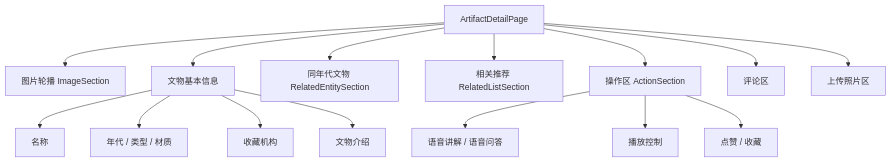
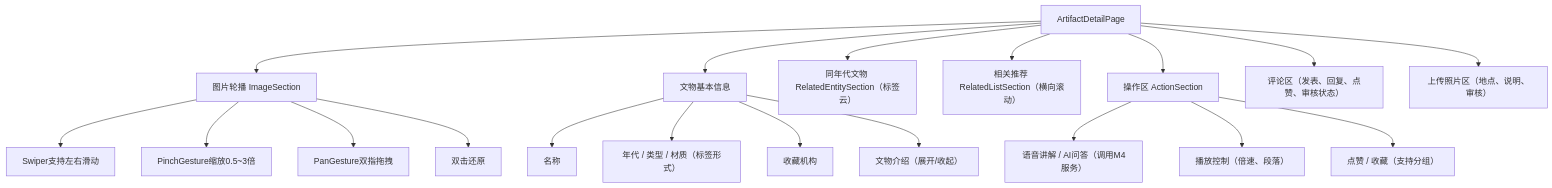
One commit to BUCT-CS2301/PalmMuseum changed the fifth of 18 diagrams in Doc/设计文档.md. Above: the diagram before and after it, drawn with Mermaid. The commit also changed other lines of this file, not shown here.

````diff
--- a/Doc/设计文档.md
+++ b/Doc/设计文档.md
@@ -467,17 +388,21 @@
 ```mermaid
 flowchart TD
     A["ArtifactDetailPage"] --> B["图片轮播 ImageSection"]
+    B --> B1["Swiper支持左右滑动"]
+    B --> B2["PinchGesture缩放0.5~3倍"]
+    B --> B3["PanGesture双指拖拽"]
+    B --> B4["双击还原"]
     A --> C["文物基本信息"]
     C --> C1["名称"]
-    C --> C2["年代 / 类型 / 材质"]
+    C --> C2["年代 / 类型 / 材质（标签形式）"]
     C --> C3["收藏机构"]
-    C --> C4["文物介绍"]
-    A --> D["同年代文物 RelatedEntitySection"]
-    A --> E["相关推荐 RelatedListSection"]
+    C --> C4["文物介绍（展开/收起）"]
+    A --> D["同年代文物 RelatedEntitySection（标签云）"]
+    A --> E["相关推荐 RelatedListSection（横向滚动）"]
     A --> F["操作区 ActionSection"]
-    F --> F1["语音讲解 / 语音问答"]
-    F --> F2["播放控制"]
-    F --> F3["点赞 / 收藏"]
-    A --> G["评论区"]
-    A --> H["上传照片区"]
+    F --> F1["语音讲解 / AI问答（调用M4服务）"]
+    F --> F2["播放控制（倍速、段落）"]
+    F --> F3["点赞 / 收藏（支持分组）"]
+    A --> G["评论区（发表、回复、点赞、审核状态）"]
+    A --> H["上传照片区（地点、说明、审核）"]
 ```
````
